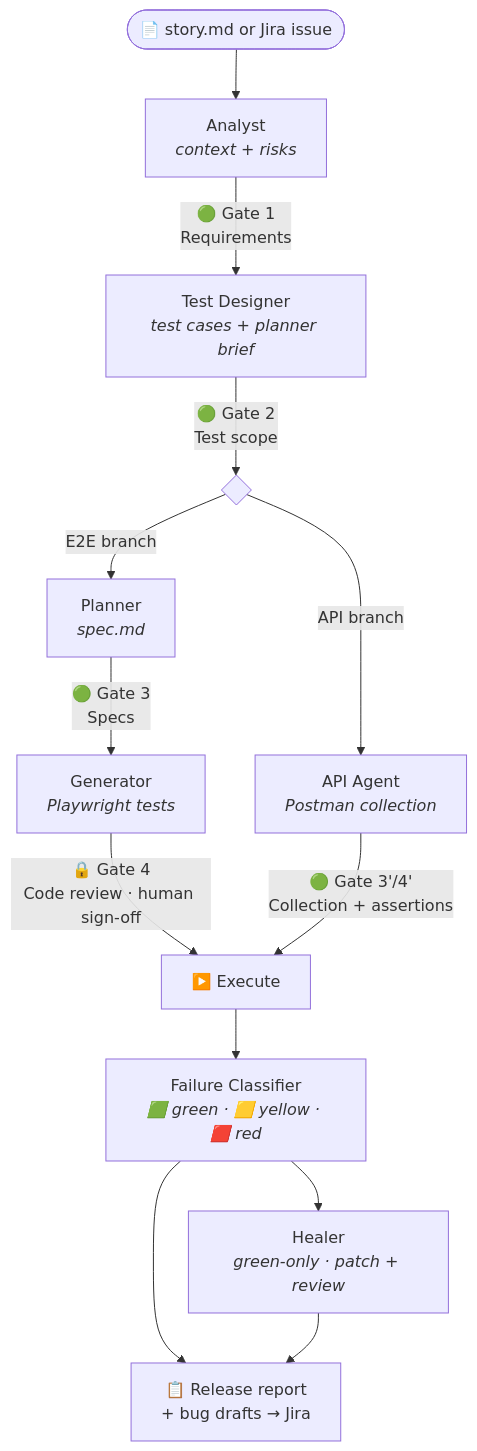
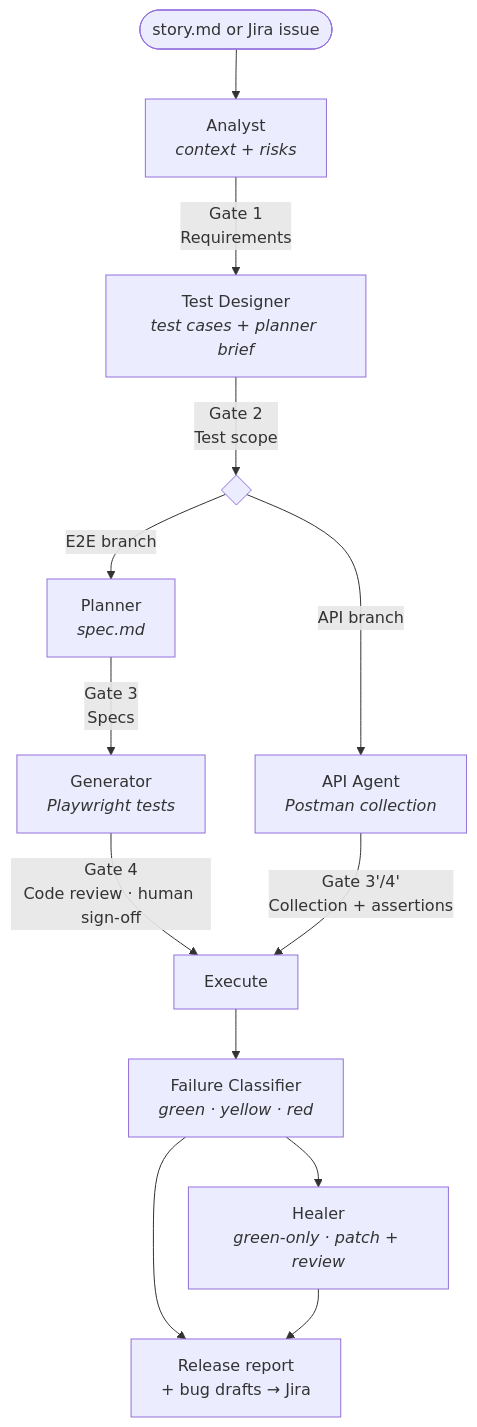
The first of 2 diagrams in README.md (MiltonKlun/Qaizen), drawn with Mermaid before and after one commit. The commit also changed other lines of this file and 10 other files, not shown here.

````diff
--- a/README.md
+++ b/README.md
@@ -83,23 +83,23 @@
 ```mermaid
 flowchart TD
-    story([📄 story.md or Jira issue])
+    story([story.md or Jira issue])
 
     story --> analyst[Analyst<br/><i>context + risks</i>]
-    analyst -- "🟢 Gate 1<br/>Requirements" --> designer[Test Designer<br/><i>test cases + planner brief</i>]
-    designer -- "🟢 Gate 2<br/>Test scope" --> split{ }
+    analyst -- "Gate 1<br/>Requirements" --> designer[Test Designer<br/><i>test cases + planner brief</i>]
+    designer -- "Gate 2<br/>Test scope" --> split{ }
 
     split -->|E2E branch| planner[Planner<br/><i>spec.md</i>]
-    planner -- "🟢 Gate 3<br/>Specs" --> generator[Generator<br/><i>Playwright tests</i>]
-    generator -- "🔒 Gate 4<br/>Code review · human sign-off" --> execute
+    planner -- "Gate 3<br/>Specs" --> generator[Generator<br/><i>Playwright tests</i>]
+    generator -- "Gate 4<br/>Code review · human sign-off" --> execute
 
     split -->|API branch| apiagent[API Agent<br/><i>Postman collection</i>]
-    apiagent -- "🟢 Gate 3'/4'<br/>Collection + assertions" --> execute
+    apiagent -- "Gate 3'/4'<br/>Collection + assertions" --> execute
 
-    execute[▶️ Execute] --> classifier[Failure Classifier<br/><i>🟩 green · 🟨 yellow · 🟥 red</i>]
+    execute[Execute] --> classifier[Failure Classifier<br/><i>green · yellow · red</i>]
     classifier --> healer[Healer<br/><i>green-only · patch + review</i>]
-    classifier --> report[📋 Release report<br/>+ bug drafts → Jira]
+    classifier --> report[Release report<br/>+ bug drafts → Jira]
     healer --> report
 
     classDef gate fill:#1f6feb,stroke:#1f6feb,color:#fff;
     classDef human fill:#cf222e,stroke:#cf222e,color:#fff;
 ```
````
